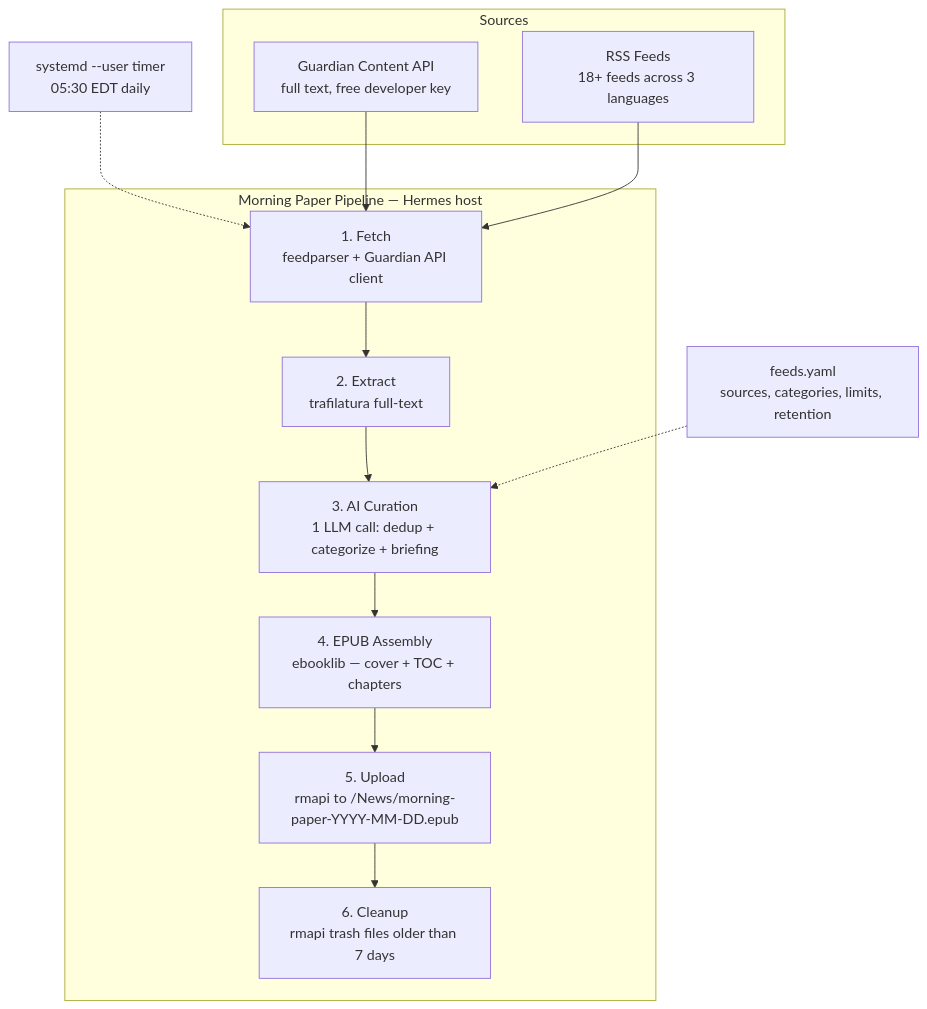
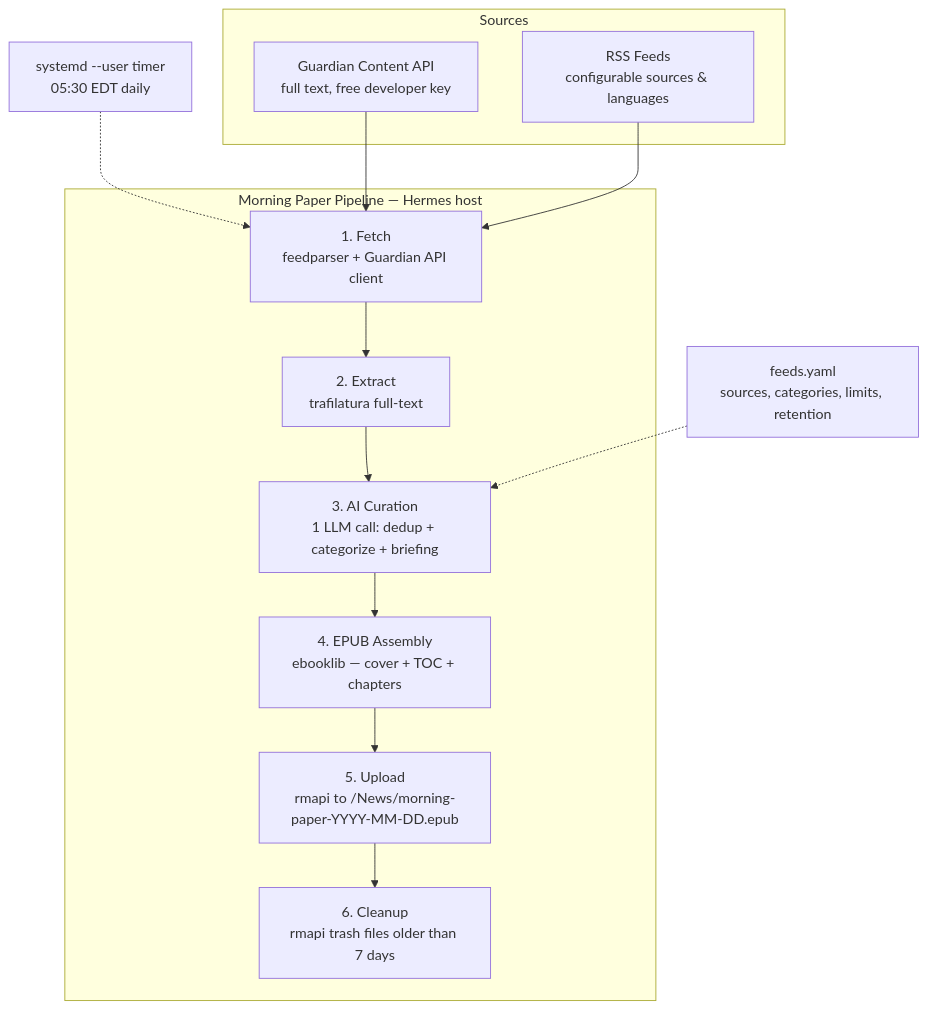
Before and after one commit to vevmesteren/remarkable-morning: the diagram in README.md, drawn with Mermaid. The commit also changed other lines of this file, not shown here.

````diff
--- a/README.md
+++ b/README.md
@@ -28,29 +28,29 @@
 ```mermaid
 graph TD
     subgraph Sources
         GA["Guardian Content API<br/>full text, free developer key"]
-        RSS["RSS Feeds<br/>18+ feeds across 3 languages"]
+        RSS["RSS Feeds<br/>configurable sources & languages"]
     end
 
     subgraph Pipeline["Morning Paper Pipeline — Hermes host"]
         F1["1. Fetch<br/>feedparser + Guardian API client"]
         F2["2. Extract<br/>trafilatura full-text"]
         F3["3. AI Curation<br/>1 LLM call: dedup + categorize + briefing"]
         F4["4. EPUB Assembly<br/>ebooklib — cover + TOC + chapters"]
         F5["5. Upload<br/>rmapi to /News/morning-paper-YYYY-MM-DD.epub"]
         F6["6. Cleanup<br/>rmapi trash files older than 7 days"]
     end
 
     TIMER["systemd --user timer<br/>05:30 EDT daily"]
     CONFIG["feeds.yaml<br/>sources, categories, limits, retention"]
 
     TIMER -.-> F1
     GA --> F1
     RSS --> F1
     F1 --> F2
     F2 --> F3
     F3 --> F4
     F4 --> F5
     F5 --> F6
     CONFIG -.-> F3
 ```
````
